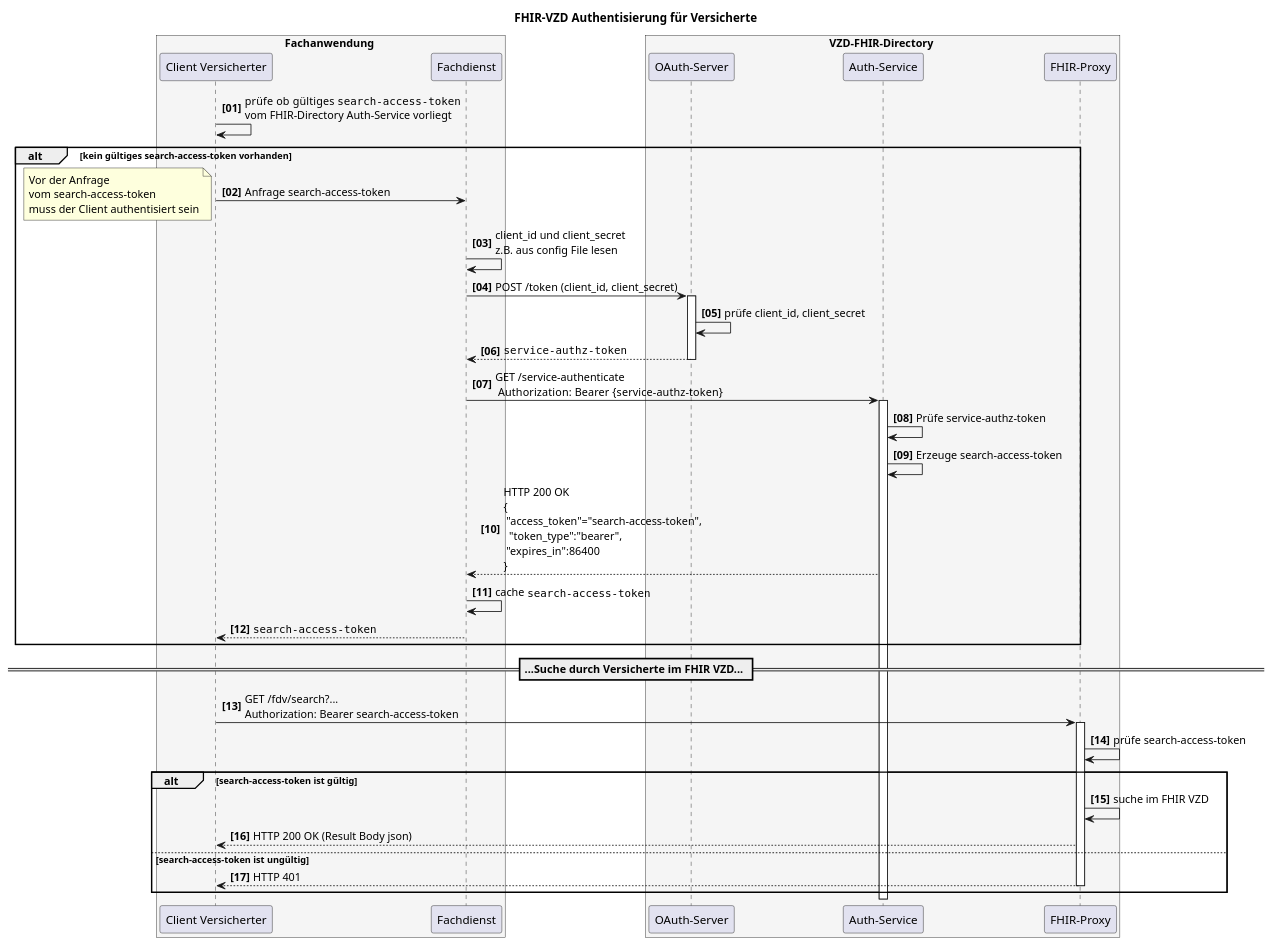
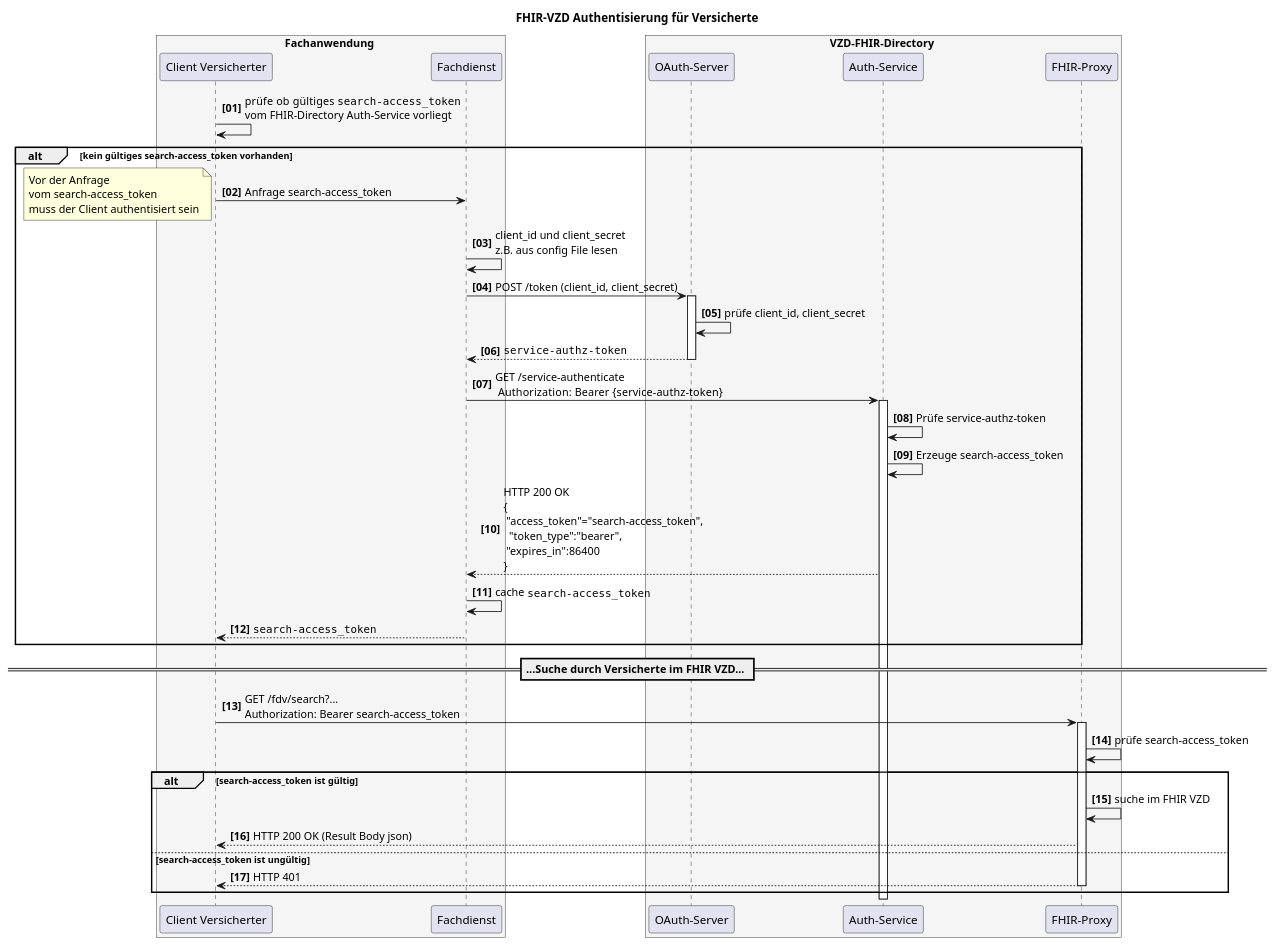
One commit to gematik/api-vzd changed the diagram in src/plantuml/SequenceDiagram.FHIR-Directory.fdv.search.puml. Above: the diagram before and after it, drawn with PlantUML.

Commit message:
Typing of token corrected
search-access-token -> search-access_token

```diff
--- a/src/plantuml/SequenceDiagram.FHIR-Directory.fdv.search.puml
+++ b/src/plantuml/SequenceDiagram.FHIR-Directory.fdv.search.puml
@@ -1,55 +1,55 @@
 @startuml
 autonumber 1 1 "<b>[00]"
 title "FHIR-VZD Authentisierung für Versicherte"
 
 
 box Fachanwendung #WhiteSmoke
     participant VClient as "Client Versicherter"
     participant FDienst as "Fachdienst"
 end box
 
 box VZD-FHIR-Directory #WhiteSmoke
     participant "OAuth-Server" as VzdOAuth
     participant "Auth-Service" as VzdAuth
     participant fp as "FHIR-Proxy"
 end box
 
-VClient-> VClient: prüfe ob  gültiges ""search-access-token""\nvom FHIR-Directory Auth-Service vorliegt
+VClient-> VClient: prüfe ob  gültiges ""search-access_token""\nvom FHIR-Directory Auth-Service vorliegt
 
-alt kein gültiges search-access-token vorhanden
-   VClient-> FDienst: Anfrage search-access-token
+alt kein gültiges search-access_token vorhanden
+   VClient-> FDienst: Anfrage search-access_token
 
-note left: Vor der Anfrage\nvom search-access-token\nmuss der Client authentisiert sein
+note left: Vor der Anfrage\nvom search-access_token\nmuss der Client authentisiert sein
    
    FDienst -> FDienst: client_id und client_secret\nz.B. aus config File lesen
    FDienst ->VzdOAuth++: POST /token (client_id, client_secret)
    VzdOAuth->VzdOAuth: prüfe client_id, client_secret
    VzdOAuth-->FDienst--: ""service-authz-token""
 
    FDienst->VzdAuth++: GET /service-authenticate \n Authorization:   Bearer {service-authz-token}
 
    VzdAuth->VzdAuth: Prüfe service-authz-token
 
-   VzdAuth->VzdAuth: Erzeuge search-access-token
-   VzdAuth-->FDienst: HTTP 200 OK\n{\n "access_token"="search-access-token",\n  "token_type":"bearer",\n "expires_in":86400\n}
+   VzdAuth->VzdAuth: Erzeuge search-access_token
+   VzdAuth-->FDienst: HTTP 200 OK\n{\n "access_token"="search-access_token",\n  "token_type":"bearer",\n "expires_in":86400\n}
 
-   FDienst->FDienst: cache ""search-access-token""
+   FDienst->FDienst: cache ""search-access_token""
 
-   FDienst-->VClient: ""search-access-token""
+   FDienst-->VClient: ""search-access_token""
 end
 
 == ...Suche durch Versicherte im FHIR VZD... ==
 
-VClient -> fp: GET /fdv/search?... \nAuthorization: Bearer search-access-token
+VClient -> fp: GET /fdv/search?... \nAuthorization: Bearer search-access_token
 activate fp
-fp -> fp: prüfe search-access-token
+fp -> fp: prüfe search-access_token
 
-alt search-access-token ist gültig
+alt search-access_token ist gültig
    fp -> fp: suche im FHIR VZD
    fp --> VClient : HTTP 200 OK (Result Body json)
- else search-access-token ist ungültig
+ else search-access_token ist ungültig
    fp --> VClient : HTTP 401
    deactivate fp
 end
 
 @enduml
```
